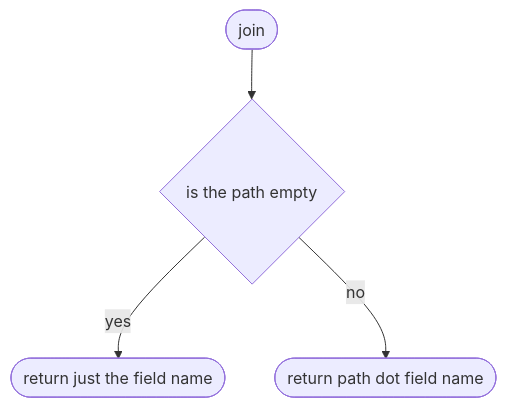
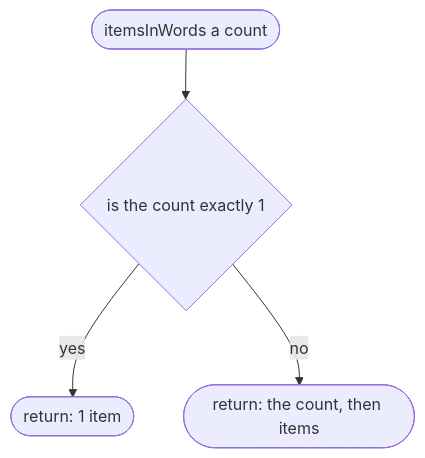
Before and after one commit to NewDara-Star/world-engine: diagram 20 of 37 in docs/designs/src/place/parse.md, drawn with Mermaid. The commit also changed other lines of this file and 9 other files, not shown here.

````diff
--- a/docs/designs/src/place/parse.md
+++ b/docs/designs/src/place/parse.md
@@ -269,10 +301,10 @@
 ```mermaid
 flowchart TD
-  s(["join"])
-  a{"is the path empty"}
-  b(["return just the field name"])
-  c(["return path dot field name"])
+  s(["itemsInWords a count"])
+  a{"is the count exactly 1"}
+  b(["return: 1 item"])
+  c(["return: the count, then items"])
   s --> a
   a -->|"yes"| b
   a -->|"no"| c
 ```
````
